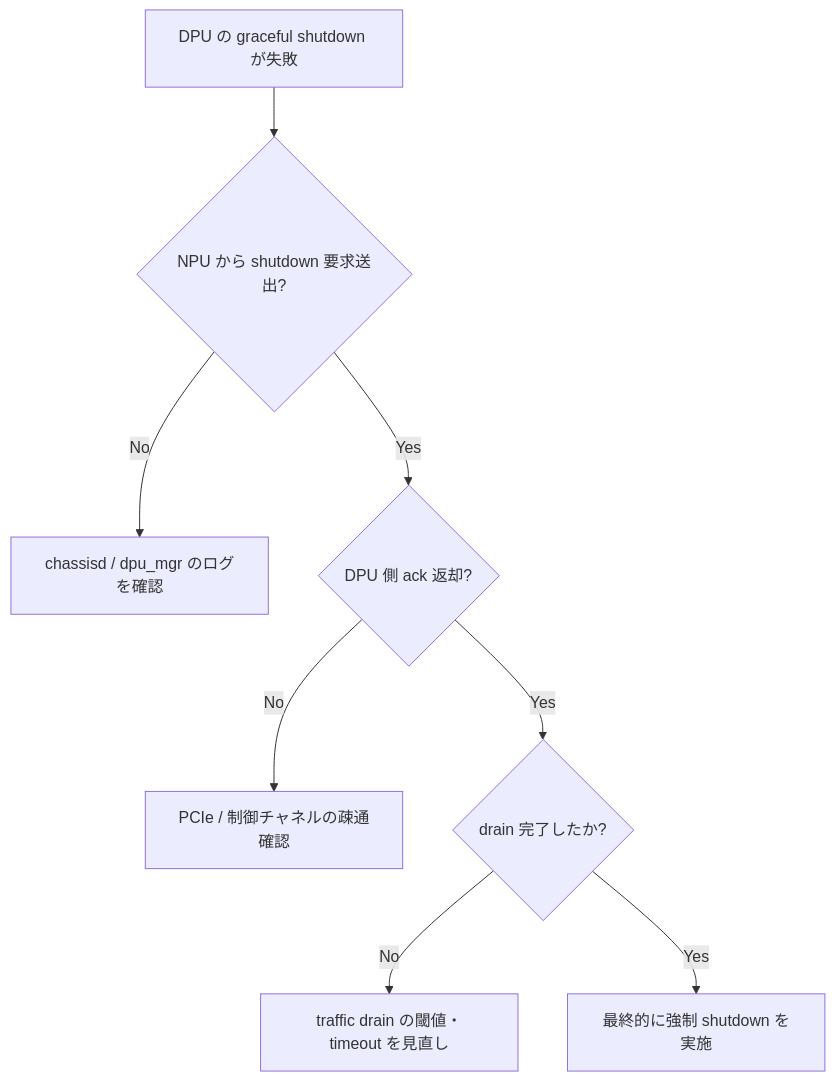
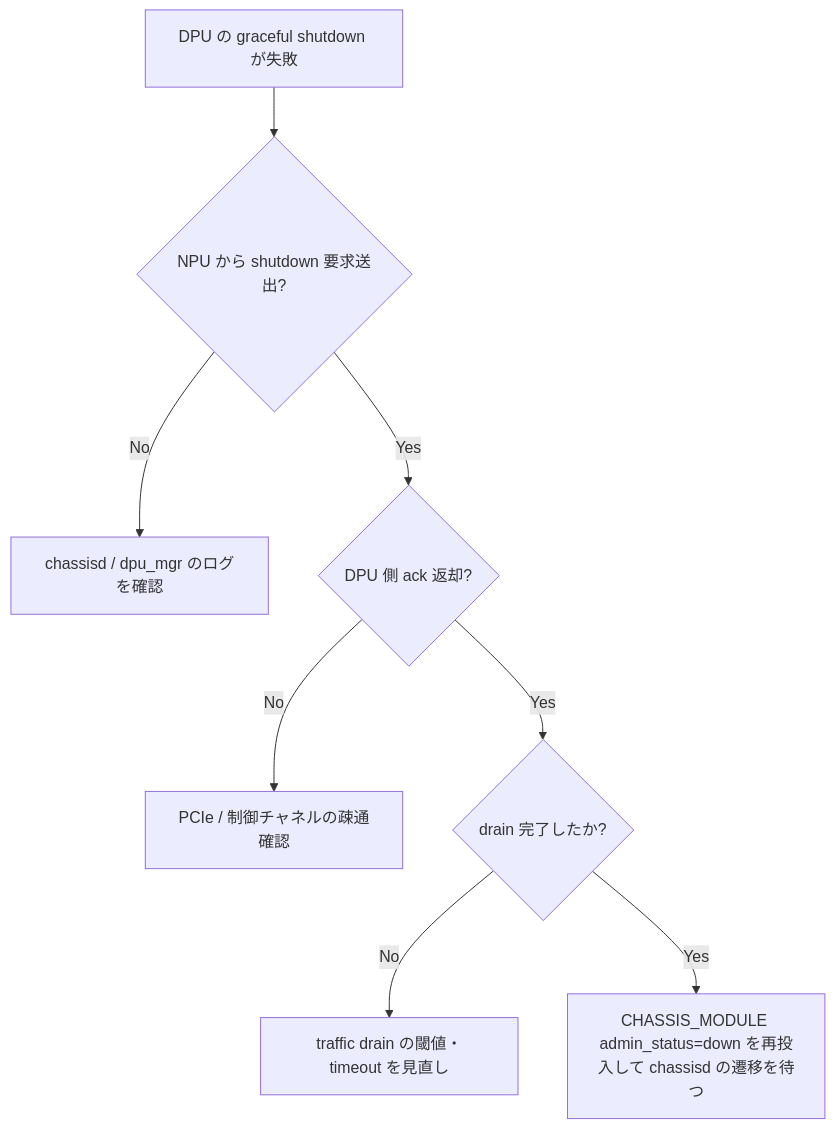
Before and after one commit to aoki-taquan/sonic-unofficial-docs: the diagram in docs/reference/runbooks/smartswitch-dpu-graceful-shutdown-failure.md, drawn with Mermaid. The commit also changed other lines of this file and 19 other files, not shown here.

````diff
--- a/docs/reference/runbooks/smartswitch-dpu-graceful-shutdown-failure.md
+++ b/docs/reference/runbooks/smartswitch-dpu-graceful-shutdown-failure.md
@@ -42,10 +41,10 @@
 ```mermaid
 flowchart TD
     A[DPU の graceful shutdown が失敗] --> B{NPU から shutdown 要求送出?}
     B -- No --> B1[chassisd / dpu_mgr のログを確認]
     B -- Yes --> C{DPU 側 ack 返却?}
     C -- No --> C1[PCIe / 制御チャネルの疎通確認]
     C -- Yes --> D{drain 完了したか?}
     D -- No --> D1[traffic drain の閾値・timeout を見直し]
-    D -- Yes --> E[最終的に強制 shutdown を実施]
+    D -- Yes --> E[CHASSIS_MODULE admin_status=down を再投入して chassisd の遷移を待つ]
 ```
````
